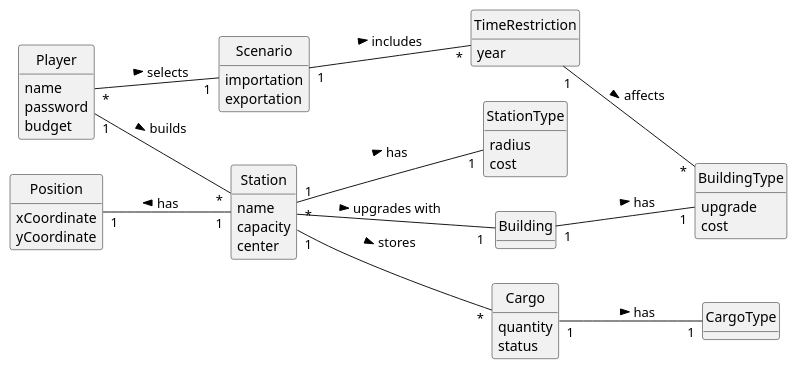
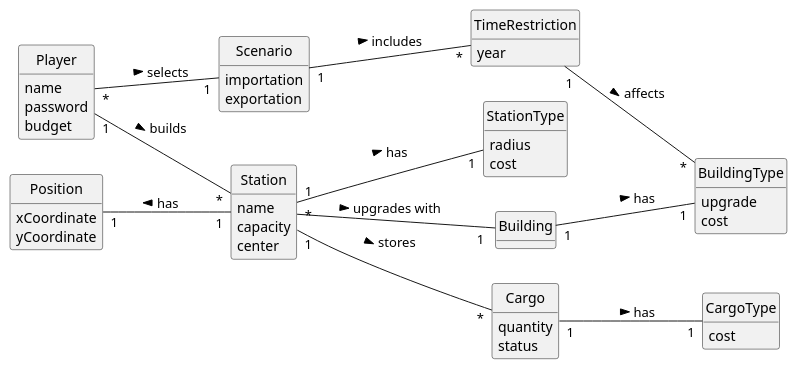
One commit to 1240935/pi2-railway-simulator changed the diagram in Sprint2/US007/02.analysis/puml/US007-DM.puml. Above: the diagram before and after it, drawn with PlantUML. The commit also changed 14 other files, not shown here.

```diff
--- a/Sprint2/US007/02.analysis/puml/US007-DM.puml
+++ b/Sprint2/US007/02.analysis/puml/US007-DM.puml
@@ -1,72 +1,73 @@
 @startuml
 skinparam monochrome true
 skinparam packageStyle rectangle
 skinparam shadowing false
 'skinparam linetype ortho
 'left to right direction
 skinparam classAttributeIconSize 0
 hide circle
 hide methods
 
 left to right direction
 
 class Player {
     name
     password
     budget
 }
 
 class Station {
     name
     capacity
     center
 }
 
 class StationType{
     radius
     cost
 }
 
 class Building {
 }
 
 class BuildingType {
     upgrade
     cost
 }
 
 class Scenario {
     importation
     exportation
 }
 
 class Position{
     xCoordinate
     yCoordinate
 }
 
 class Cargo {
     quantity
     status
 }
 
 class CargoType{
+    cost
 }
 
 class TimeRestriction{
     year
 }
 
 Player "1" -- "*" Station: builds >
 Player "*" -- "1" Scenario : selects >
 Station "*" -- "1 "Building:  upgrades with  >
 Station "1" -- "1" StationType: has >
 Building "1" -- "1" BuildingType : has >
 Position "1" -- "1" Station: has <
 Station "1" -- "*" Cargo : stores >
 Cargo "1" -- "1" CargoType: has >
 Scenario "1" -- "*" TimeRestriction: includes >
 TimeRestriction "1" -- "*" BuildingType: affects >
 
 
 @enduml
```
